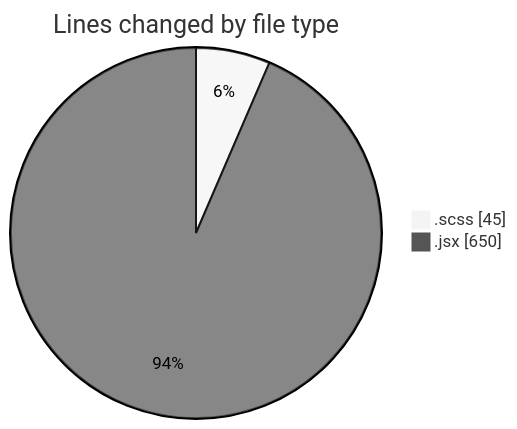
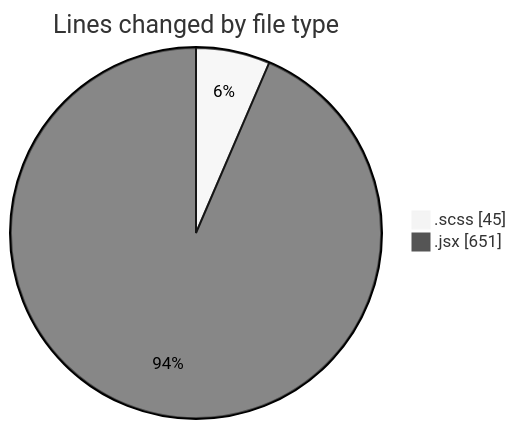
The first of 2 diagrams in 2025-06-03/cda/README.md (momahboobian/code-tracking), drawn with Mermaid (neutral theme) before and after one commit. The commit also changed other lines of this file and 1 other file, not shown here.

````diff
--- a/2025-06-03/cda/README.md
+++ b/2025-06-03/cda/README.md
@@ -22,6 +22,6 @@
 ```mermaid
 pie showData
 title Lines changed by file type
 ".scss" : 45
-".jsx" : 650
+".jsx" : 651
 ```
````
